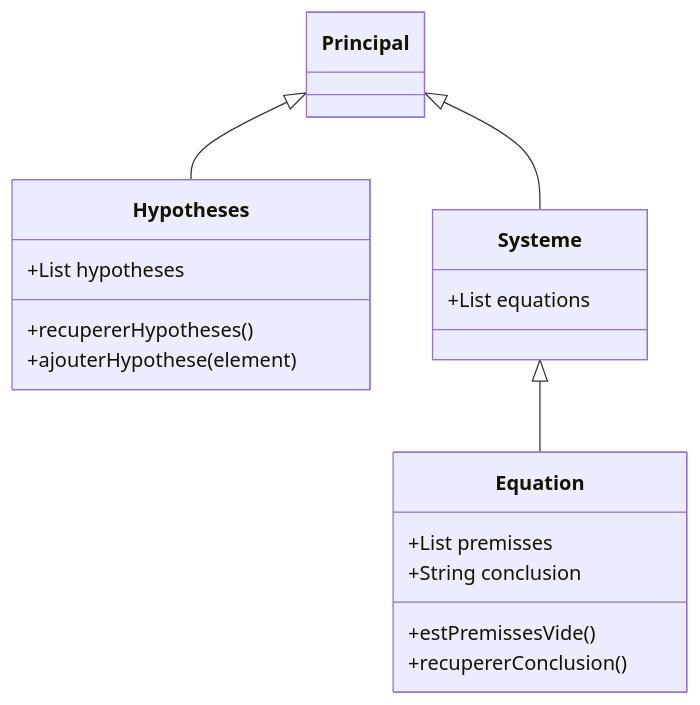
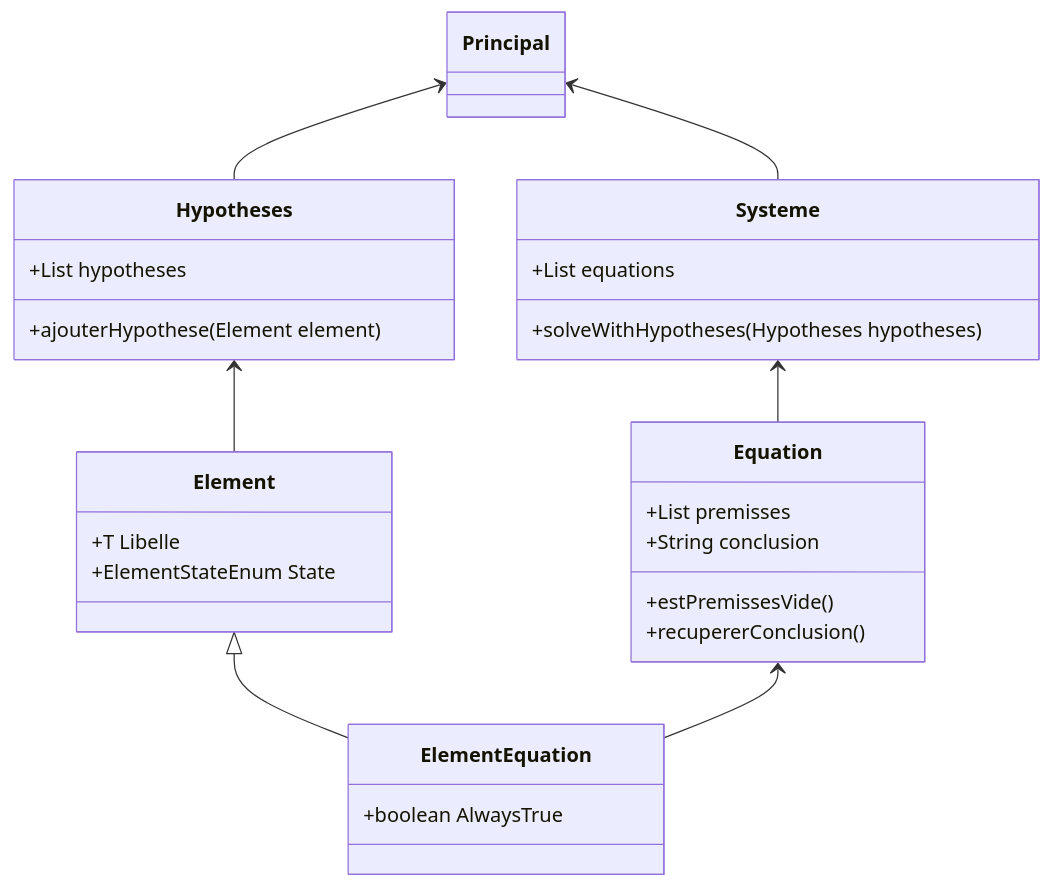
Before and after one commit to macdrien/utbm-si73-tp-systeme-expert: the diagram in documentations/classDiagram.mmd, drawn with Mermaid. The commit also changed 2 other files, not shown here.

Commit message:
[UPD] Class diagram

```diff
--- a/documentations/classDiagram.mmd
+++ b/documentations/classDiagram.mmd
@@ -1,18 +1,28 @@
 classDiagram
-    Principal <|-- Hypotheses
-    Principal <|-- Systeme
-    Systeme <|-- Equation
+    Principal <-- Hypotheses
+    Principal <-- Systeme
+    Systeme <-- Equation
+    Element <|-- ElementEquation
+    Hypotheses <-- Element
+    Equation <-- ElementEquation
     class Equation {
         +List premisses
         +String conclusion
         +estPremissesVide()
         +recupererConclusion()
     }
     class Systeme {
         +List equations
+        +solveWithHypotheses(Hypotheses<T> hypotheses)
     }
     class Hypotheses {
         +List hypotheses
-        +recupererHypotheses()
-        +ajouterHypothese(element)
+        +ajouterHypothese(Element<T> element)
     }
+    class Element {
+        +T Libelle
+        +ElementStateEnum State
+    }
+    class ElementEquation {
+        +boolean AlwaysTrue
+    }
```
